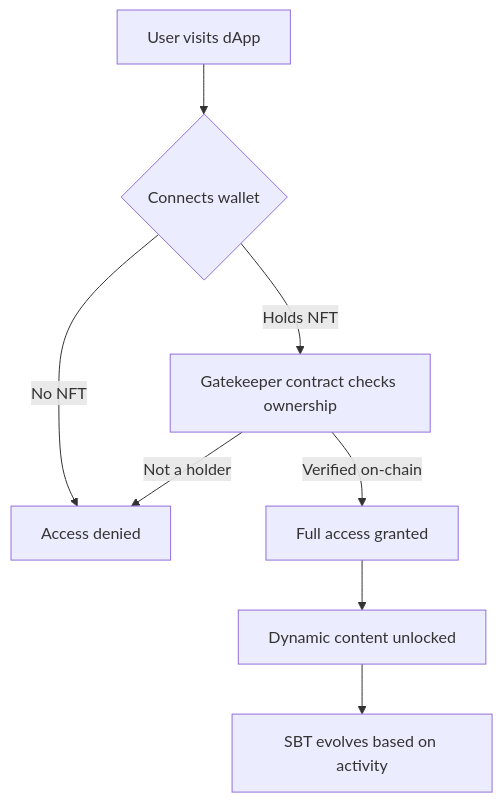
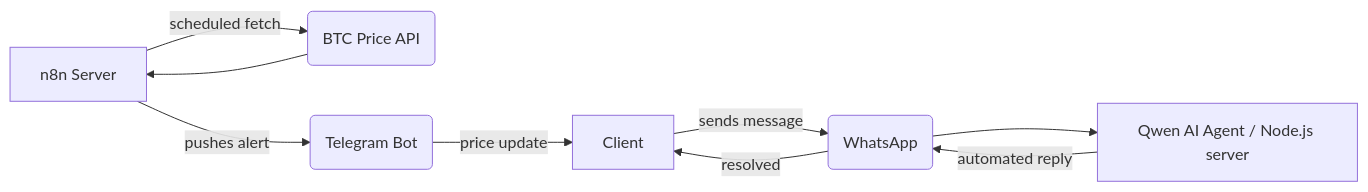
One commit to MashiyaL/MashiyaL changed the diagram in README.md. Above: the diagram before and after it, drawn with Mermaid. The commit also changed other lines of this file, not shown here.

````diff
--- a/README.md
+++ b/README.md
@@ -24,10 +98,12 @@
 ```mermaid
-graph TD
-    A[User visits dApp] --> B{Connects wallet}
-    B -->|No NFT| C[Access denied]
-    B -->|Holds NFT| D[Gatekeeper contract checks ownership]
-    D -->|Verified on-chain| E[Full access granted]
-    D -->|Not a holder| C
-    E --> F[Dynamic content unlocked]
-    F --> G[SBT evolves based on activity]
+graph LR
+    A[Client] -->|sends message| B(WhatsApp)
+    B --> C[Qwen AI Agent / Node.js server]
+    C -->|automated reply| B
+    B -->|resolved| A
+
+    D[n8n Server] -->|scheduled fetch| E(BTC Price API)
+    E --> D
+    D -->|pushes alert| F(Telegram Bot)
+    F -->|price update| A
 ```
````
